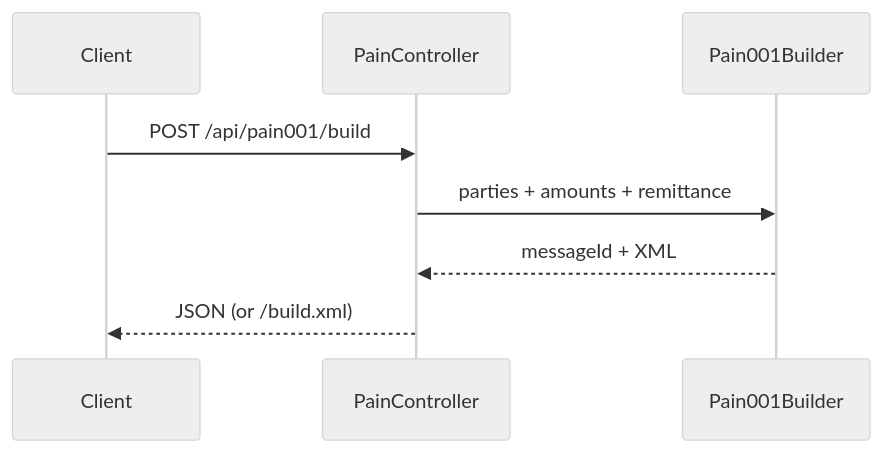
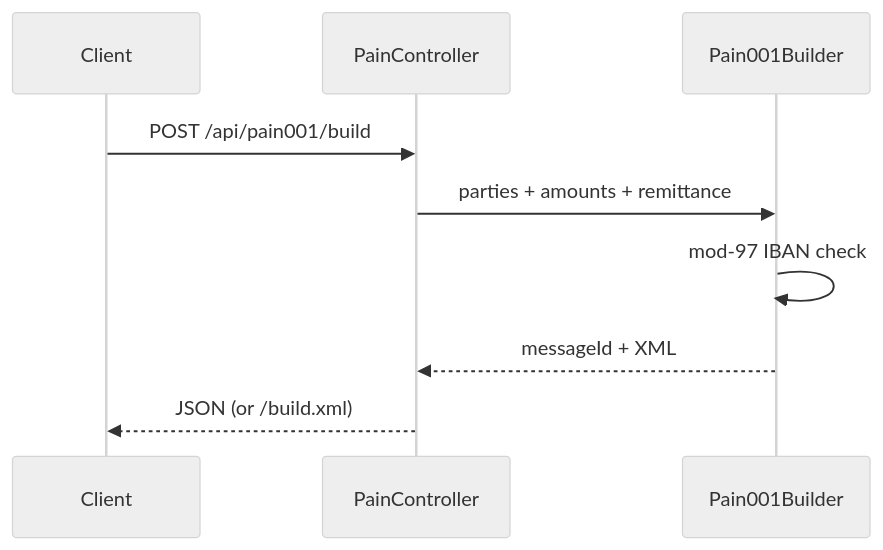
The diagram in README.md (Dedmoo/iso20022-pain001-lite), drawn with Mermaid (neutral theme) before and after one commit. The commit also changed other lines of this file and 2 other files, not shown here.

Commit message:
feat: mod-97 IBAN validation and richer README

````diff
--- a/README.md
+++ b/README.md
@@ -9,10 +9,11 @@
 ```mermaid
 sequenceDiagram
     participant C as Client
     participant API as PainController
     participant B as Pain001Builder
     C->>API: POST /api/pain001/build
     API->>B: parties + amounts + remittance
+    B->>B: mod-97 IBAN check
     B-->>API: messageId + XML
     API-->>C: JSON (or /build.xml)
 ```
````
